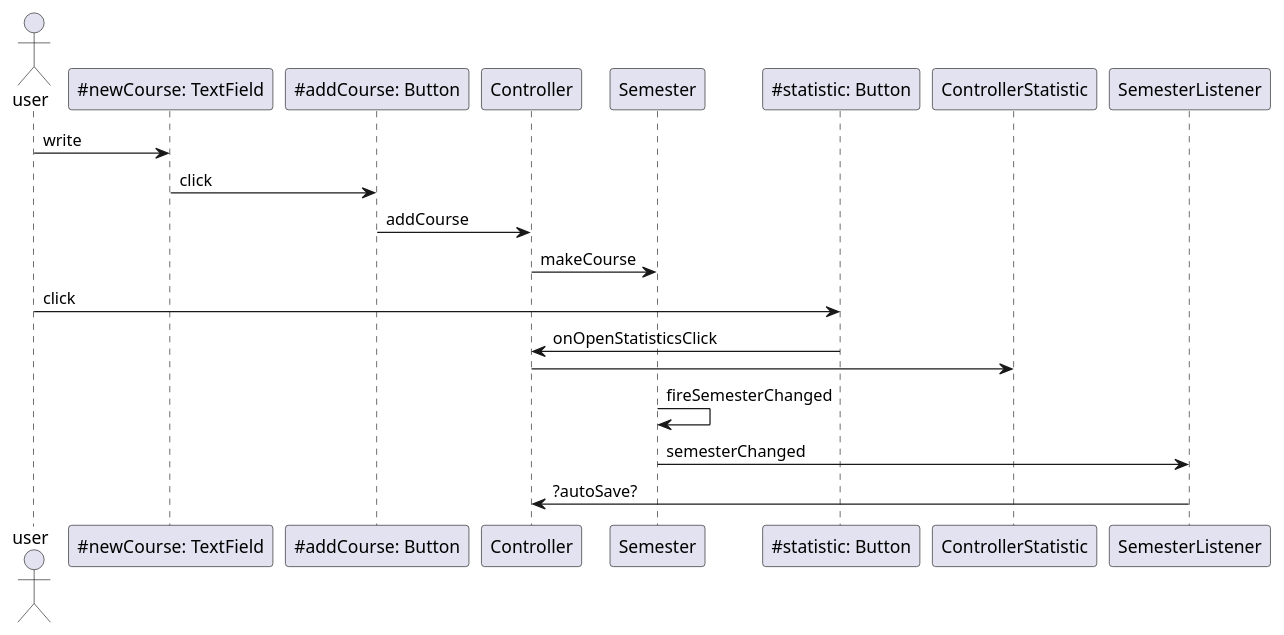
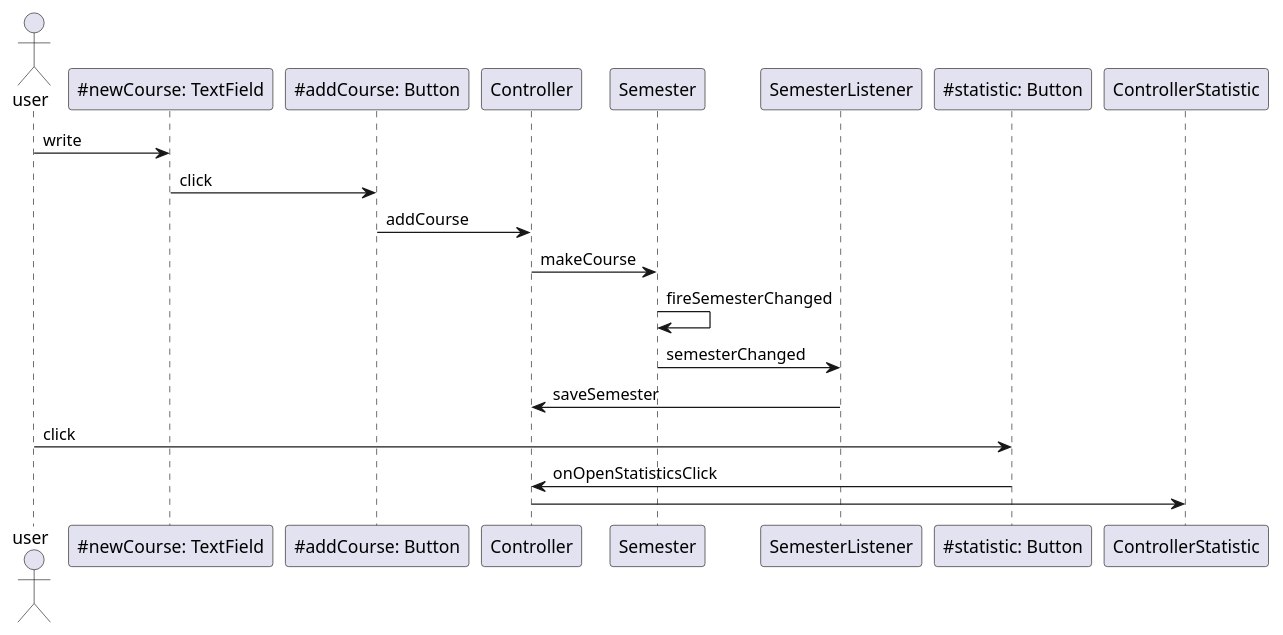
Before and after one commit to bmksimons/studytracker: the fourth of 5 diagrams in IT1901/README.md, drawn with PlantUML.

````diff
--- a/IT1901/README.md
+++ b/IT1901/README.md
@@ -209,21 +209,20 @@
 ``` plantuml
 @startuml
 actor user
 user -> "~#newCourse: TextField" as newCourse: write
 newCourse -> "~#addCourse: Button" as addCourse: click
 addCourse -> Controller: addCourse
 Controller -> Semester: makeCourse
+Semester -> Semester: fireSemesterChanged
+Semester -> SemesterListener: semesterChanged
+SemesterListener -> Controller: saveSemester
 
 user -> "~#statistic: Button" as statistic: click
 statistic -> Controller: onOpenStatisticsClick
 Controller -> ControllerStatistic
 
 
-Semester -> Semester: fireSemesterChanged
-Semester -> SemesterListener: semesterChanged
-
-SemesterListener -> Controller: ?autoSave?
 
 
 @enduml
 ```
````
